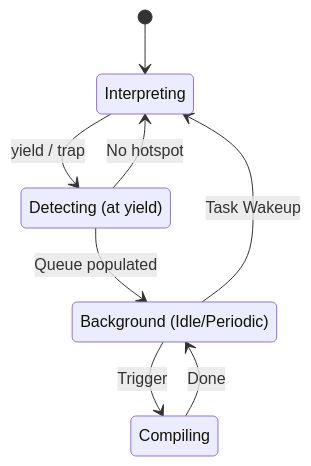
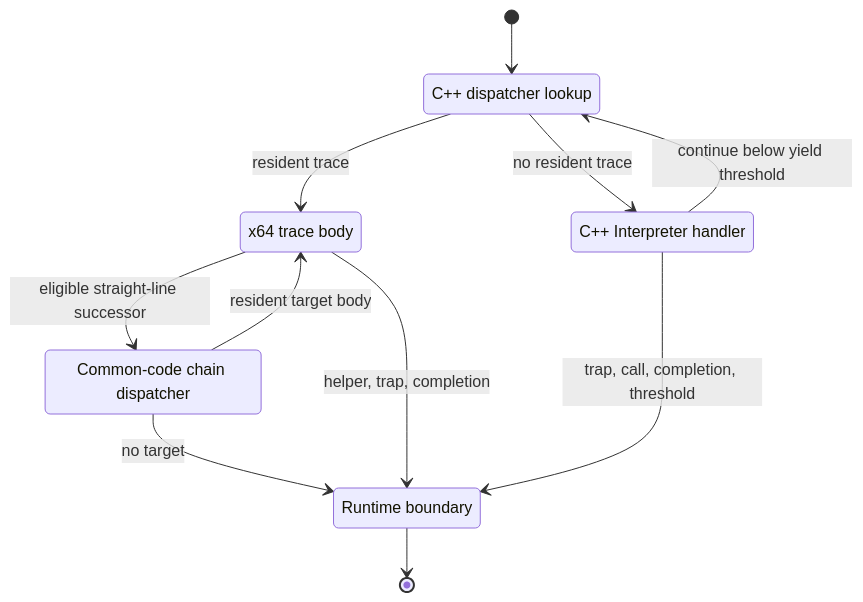
Before and after one commit to kmt-t/fireball: the third of 4 diagrams in docs/components/tier3_executer/jit_compiler.md, drawn with Mermaid. The commit also changed other lines of this file and 205 other files, not shown here.

````diff
--- a/docs/components/tier3_executer/jit_compiler.md
+++ b/docs/components/tier3_executer/jit_compiler.md
@@ -358,15 +181,19 @@
 ```mermaid
 stateDiagram-v2
-    state "Interpreting" as Interp
-    state "Detecting (at yield)" as Detect
-    state "Background (Idle/Periodic)" as Background
-    state "Compiling" as Compile
+    state "C++ dispatcher lookup" as Lookup
+    state "x64 trace body" as Trace
+    state "C++ Interpreter handler" as Handler
+    state "Common-code chain dispatcher" as Chain
+    state "Runtime boundary" as Boundary
 
-    [*] --> Interp
-    Interp --> Detect: yield / trap
-    Detect --> Background: Queue populated
-    Detect --> Interp: No hotspot
-    Background --> Compile: Trigger
-    Compile --> Background: Done
-    Background --> Interp: Task Wakeup
+    [*] --> Lookup
+    Lookup --> Trace: resident trace
+    Lookup --> Handler: no resident trace
+    Trace --> Chain: eligible straight-line successor
+    Chain --> Trace: resident target body
+    Chain --> Boundary: no target
+    Trace --> Boundary: helper, trap, completion
+    Handler --> Lookup: continue below yield threshold
+    Handler --> Boundary: trap, call, completion, threshold
+    Boundary --> [*]
 ```
````
